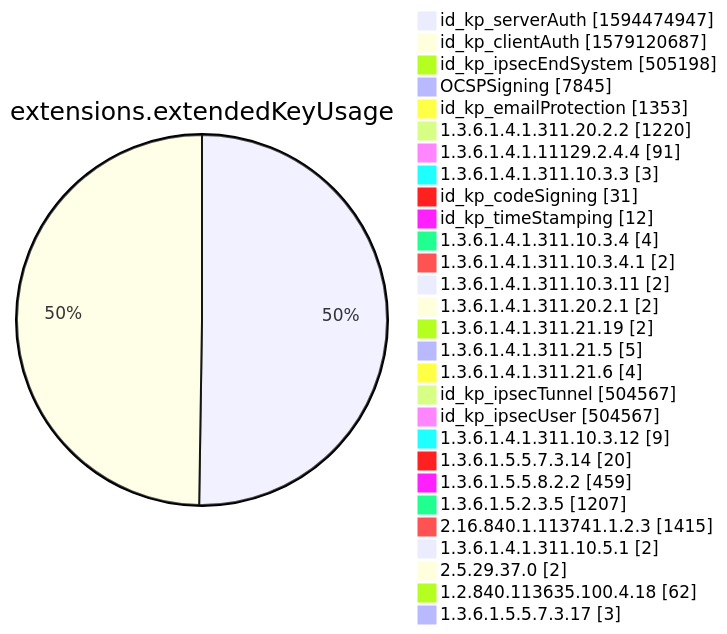
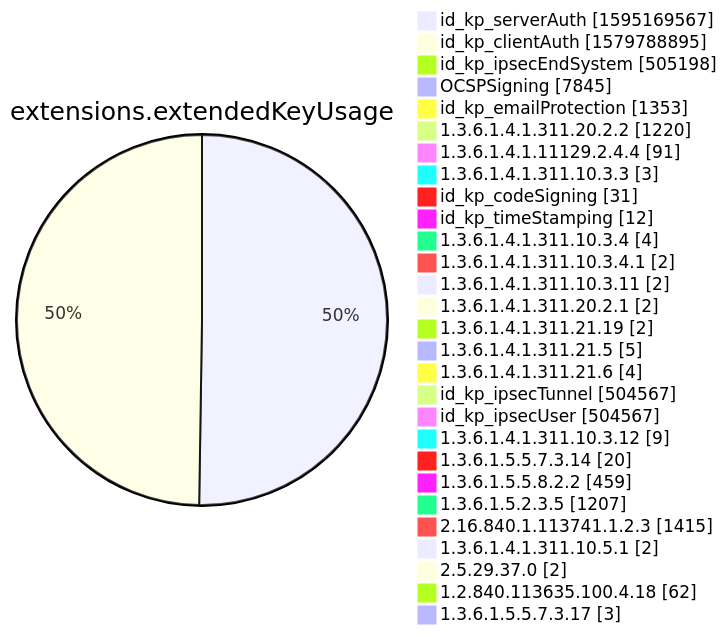
One commit to christiankrug/ctmonitor_visualization changed diagram 12 of 15 in xenon2022/README.md. Above: the diagram before and after it, drawn with Mermaid. The commit also changed other lines of this file, not shown here.

````diff
--- a/xenon2022/README.md
+++ b/xenon2022/README.md
@@ -3885,32 +3885,32 @@
 ```mermaid
 pie showData
 title extensions.extendedKeyUsage
-"id_kp_serverAuth" :1594474947
-"id_kp_clientAuth" :1579120687
+"id_kp_serverAuth" :1595169567
+"id_kp_clientAuth" :1579788895
 "id_kp_ipsecEndSystem" :505198
 "OCSPSigning" :7845
 "id_kp_emailProtection" :1353
 "1.3.6.1.4.1.311.20.2.2" :1220
 "1.3.6.1.4.1.11129.2.4.4" :91
 "1.3.6.1.4.1.311.10.3.3" :3
 "id_kp_codeSigning" :31
 "id_kp_timeStamping" :12
 "1.3.6.1.4.1.311.10.3.4" :4
 "1.3.6.1.4.1.311.10.3.4.1" :2
 "1.3.6.1.4.1.311.10.3.11" :2
 "1.3.6.1.4.1.311.20.2.1" :2
 "1.3.6.1.4.1.311.21.19" :2
 "1.3.6.1.4.1.311.21.5" :5
 "1.3.6.1.4.1.311.21.6" :4
 "id_kp_ipsecTunnel" :504567
 "id_kp_ipsecUser" :504567
 "1.3.6.1.4.1.311.10.3.12" :9
 "1.3.6.1.5.5.7.3.14" :20
 "1.3.6.1.5.5.8.2.2" :459
 "1.3.6.1.5.2.3.5" :1207
 "2.16.840.1.113741.1.2.3" :1415
 "1.3.6.1.4.1.311.10.5.1" :2
 "2.5.29.37.0" :2
 "1.2.840.113635.100.4.18" :62
 "1.3.6.1.5.5.7.3.17" :3
 ```
````
